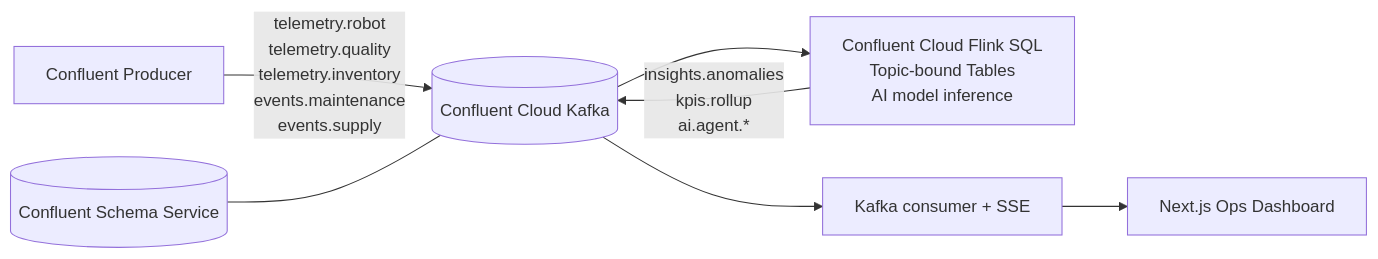
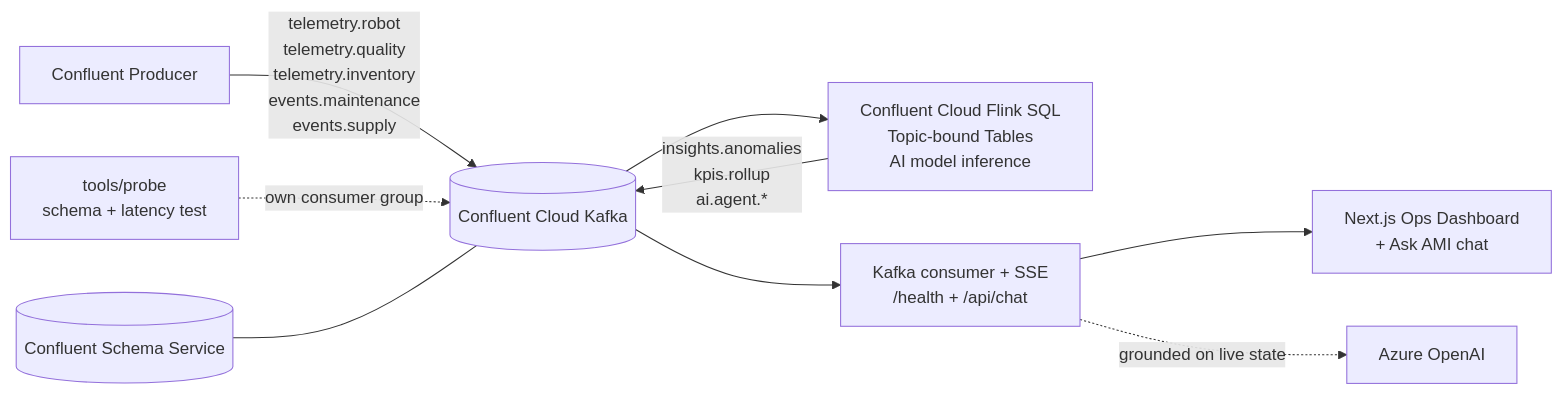
The diagram in README.md (ikartikk/confluent-ami), drawn with Mermaid before and after one commit. The commit also changed other lines of this file and 6 other files, not shown here.

````diff
--- a/README.md
+++ b/README.md
@@ -7,9 +7,11 @@
 ```mermaid
 flowchart LR
   SIM[Confluent Producer] -->|telemetry.robot<br/>telemetry.quality<br/>telemetry.inventory<br/>events.maintenance<br/>events.supply| KAFKA[(Confluent Cloud Kafka)]
   KAFKA --> FLINK[Confluent Cloud Flink SQL<br/>Topic-bound Tables<br/>AI model inference]
   FLINK -->|insights.anomalies<br/>kpis.rollup<br/>ai.agent.*| KAFKA
-  KAFKA --> API[Kafka consumer + SSE]
-  API --> WEB[Next.js Ops Dashboard]
+  KAFKA --> API[Kafka consumer + SSE<br/>/health + /api/chat]
+  API --> WEB[Next.js Ops Dashboard<br/>+ Ask AMI chat]
+  API -.->|grounded on live state| AZURE[Azure OpenAI]
+  PROBE[tools/probe<br/>schema + latency test] -.->|own consumer group| KAFKA
   SCHEMA[(Confluent Schema Service)] --- KAFKA
 ```
````
